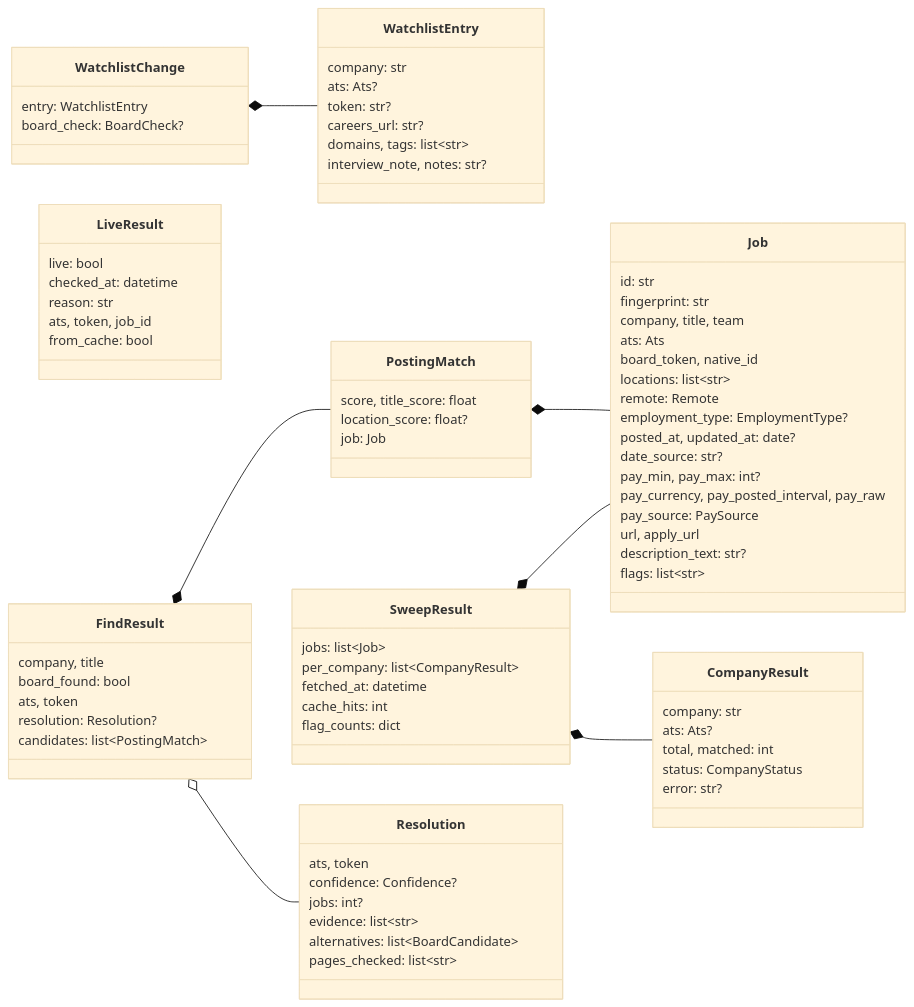
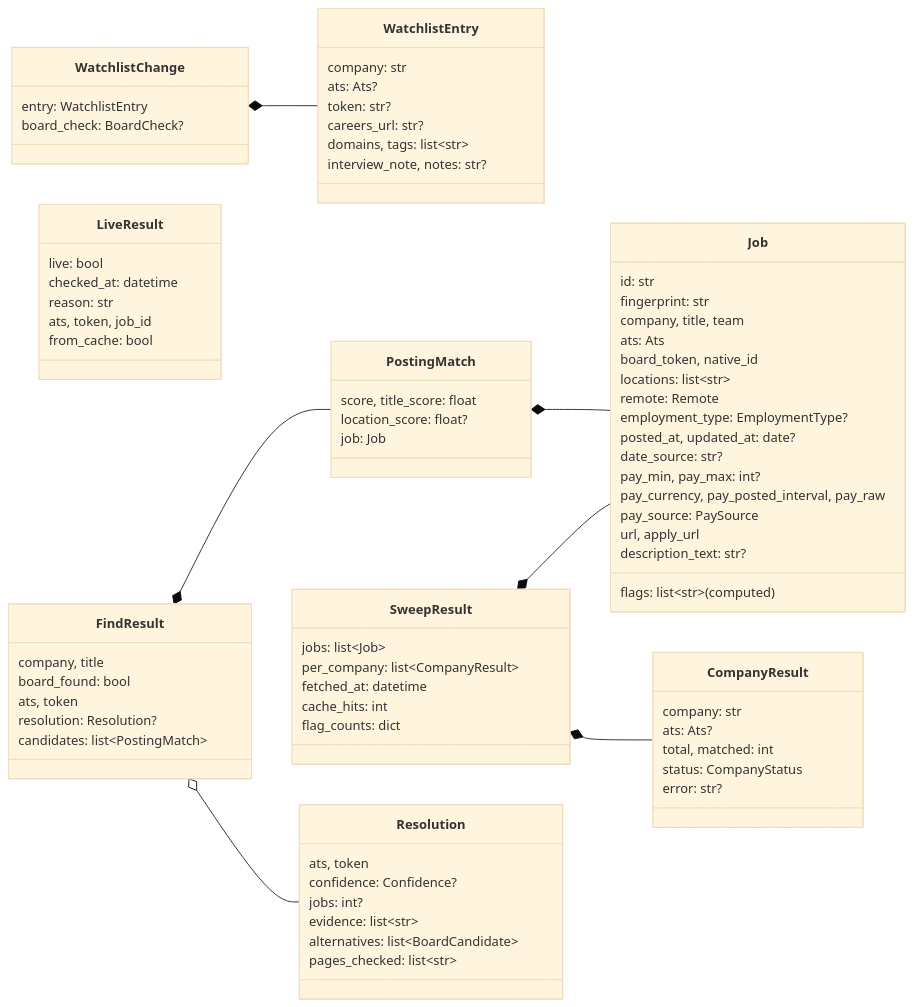
Before and after one commit to HakujouRyu/jobboard-mcp: the sixth of 7 diagrams in docs/architecture.md, drawn with Mermaid (base theme). The commit also changed other lines of this file and 13 other files, not shown here.

````diff
--- a/docs/architecture.md
+++ b/docs/architecture.md
@@ -261,82 +261,82 @@
 ```mermaid
 classDiagram
     direction LR
     class Job {
         id: str
         fingerprint: str
         company, title, team
         ats: Ats
         board_token, native_id
         locations: list~str~
         remote: Remote
         employment_type: EmploymentType?
         posted_at, updated_at: date?
         date_source: str?
         pay_min, pay_max: int?
         pay_currency, pay_posted_interval, pay_raw
         pay_source: PaySource
         url, apply_url
         description_text: str?
-        flags: list~str~
+        flags: list~str~ (computed)
     }
     class WatchlistEntry {
         company: str
         ats: Ats?
         token: str?
         careers_url: str?
         domains, tags: list~str~
         interview_note, notes: str?
     }
     class SweepResult {
         jobs: list~Job~
         per_company: list~CompanyResult~
         fetched_at: datetime
         cache_hits: int
         flag_counts: dict
     }
     class CompanyResult {
         company: str
         ats: Ats?
         total, matched: int
         status: CompanyStatus
         error: str?
     }
     class FindResult {
         company, title
         board_found: bool
         ats, token
         resolution: Resolution?
         candidates: list~PostingMatch~
     }
     class PostingMatch {
         score, title_score: float
         location_score: float?
         job: Job
     }
     class Resolution {
         ats, token
         confidence: Confidence?
         jobs: int?
         evidence: list~str~
         alternatives: list~BoardCandidate~
         pages_checked: list~str~
     }
     class LiveResult {
         live: bool
         checked_at: datetime
         reason: str
         ats, token, job_id
         from_cache: bool
     }
     class WatchlistChange {
         entry: WatchlistEntry
         board_check: BoardCheck?
     }
 
     SweepResult *-- Job
     SweepResult *-- CompanyResult
     FindResult *-- PostingMatch
     FindResult o-- Resolution
     PostingMatch *-- Job
     WatchlistChange *-- WatchlistEntry
 ```
````
